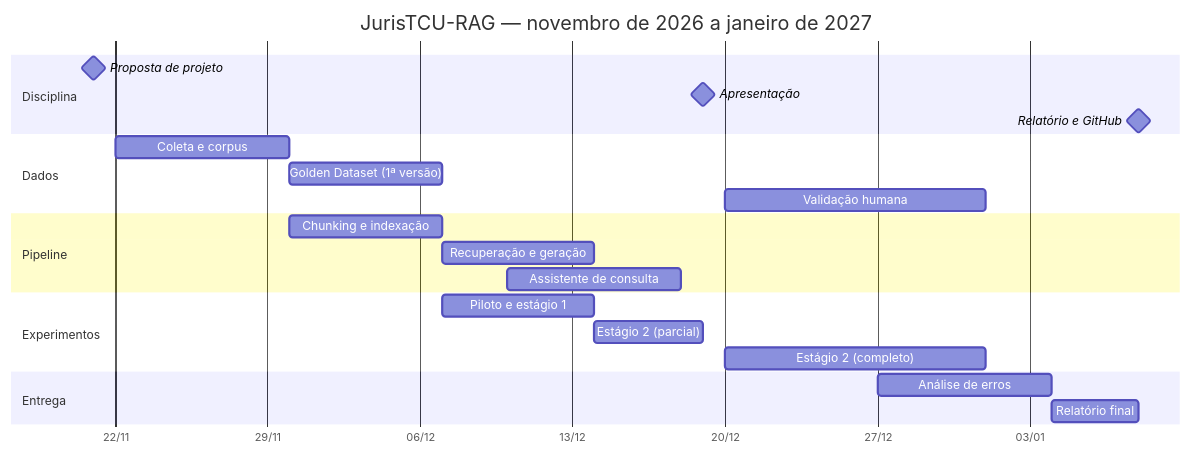
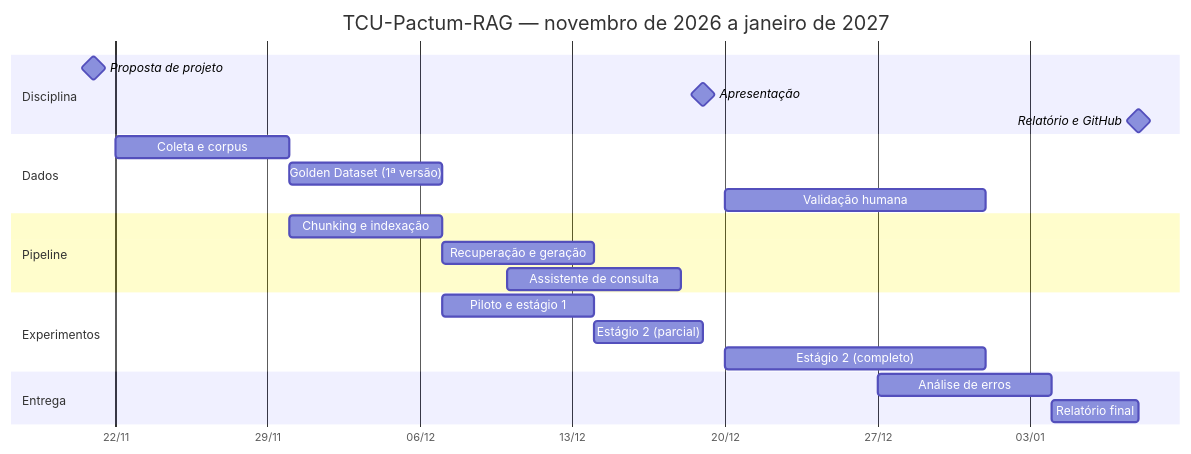
The fourth of 4 diagrams in README.md (primodeckers/tcu-pactum-rag), drawn with Mermaid before and after one commit. The commit also changed other lines of this file and 4 other files, not shown here.

Commit message:
Renomeia o projeto para TCU-Pactum-RAG

````diff
--- a/README.md
+++ b/README.md
@@ -223,25 +223,25 @@
 ```mermaid
 gantt
-    title JurisTCU-RAG — novembro de 2026 a janeiro de 2027
+    title TCU-Pactum-RAG — novembro de 2026 a janeiro de 2027
     dateFormat YYYY-MM-DD
     axisFormat %d/%m
     section Disciplina
     Proposta de projeto            :milestone, 2026-11-21, 0d
     Apresentação                   :milestone, 2026-12-19, 0d
     Relatório e GitHub             :milestone, 2027-01-08, 0d
     section Dados
     Coleta e corpus                :2026-11-22, 8d
     Golden Dataset (1ª versão)     :2026-11-30, 7d
     Validação humana               :2026-12-20, 12d
     section Pipeline
     Chunking e indexação           :2026-11-30, 7d
     Recuperação e geração          :2026-12-07, 7d
     Assistente de consulta         :2026-12-10, 8d
     section Experimentos
     Piloto e estágio 1             :2026-12-07, 7d
     Estágio 2 (parcial)            :2026-12-14, 5d
     Estágio 2 (completo)           :2026-12-20, 12d
     section Entrega
     Análise de erros               :2026-12-27, 8d
     Relatório final                :2027-01-04, 4d
 ```
````
